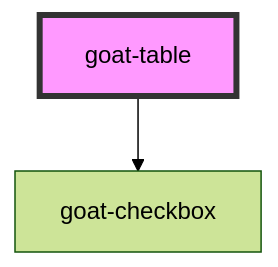
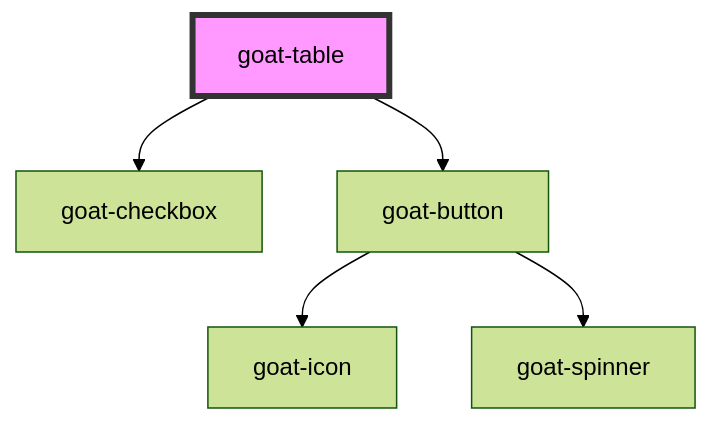
The diagram in src/components/table/table/readme.md (goatui/components), drawn with Mermaid (forest theme) before and after one commit. The commit also changed other lines of this file and 15 other files, not shown here.

````diff
--- a/src/components/table/table/readme.md
+++ b/src/components/table/table/readme.md
@@ -34,5 +39,8 @@
 ```mermaid
 graph TD;
   goat-table --> goat-checkbox
+  goat-table --> goat-button
+  goat-button --> goat-icon
+  goat-button --> goat-spinner
   style goat-table fill:#f9f,stroke:#333,stroke-width:4px
 ```
````
